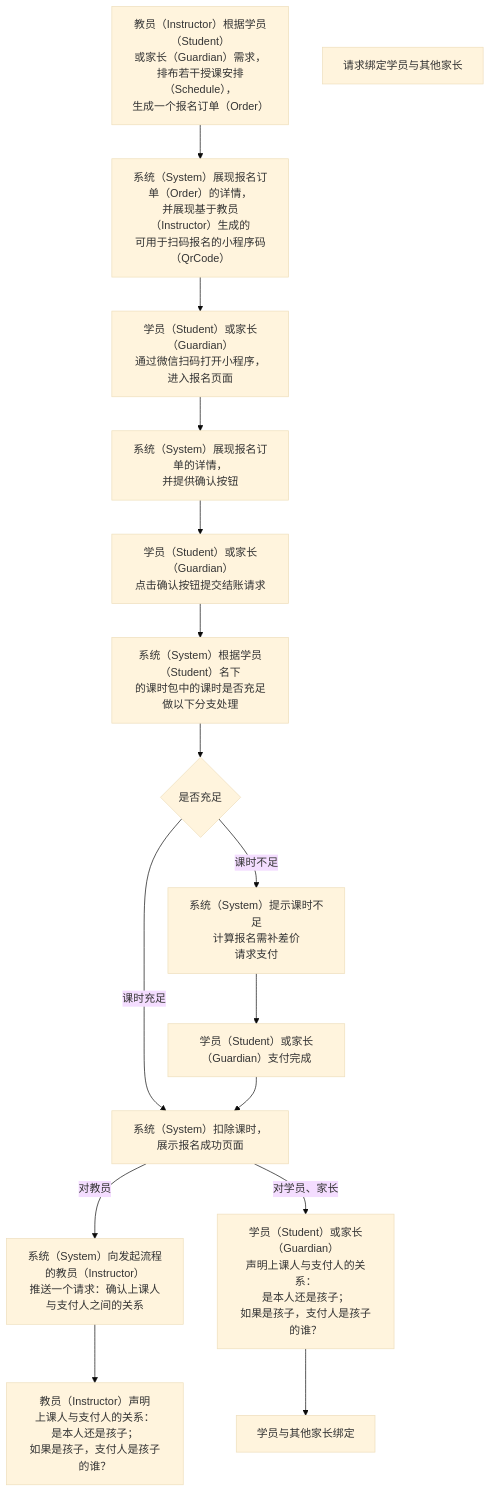
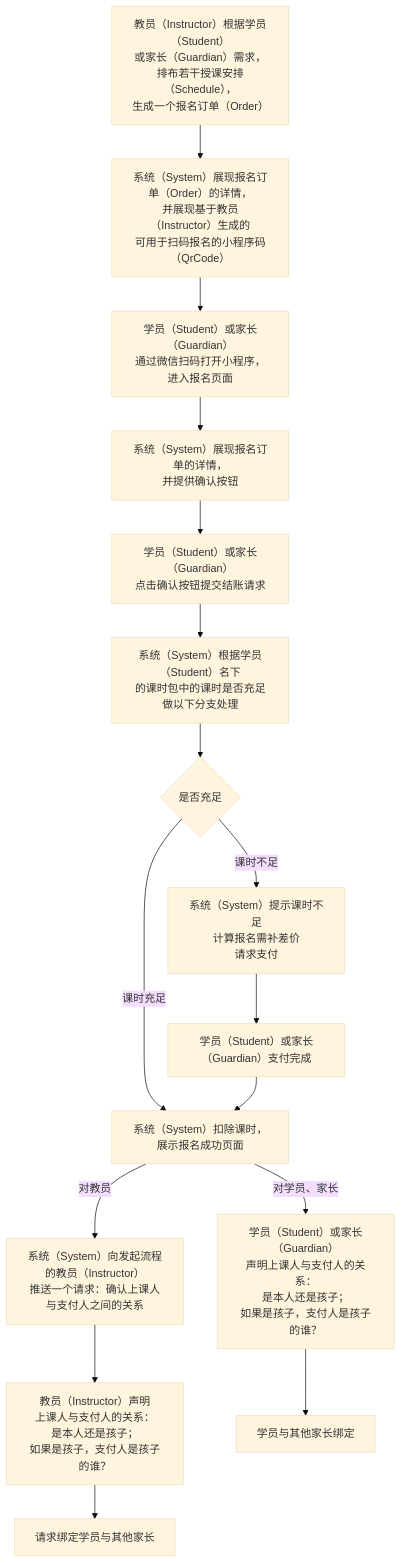
One commit to world-wide-web/sign changed the diagram in 用例/报名.md. Above: the diagram before and after it, drawn with Mermaid (base theme). The commit also changed other lines of this file, not shown here.

````diff
--- a/用例/报名.md
+++ b/用例/报名.md
@@ -8,48 +8,49 @@
 ```mermaid
 graph TD
 
 生成报名订单-->生成报名码
 生成报名码-->扫码报名
 扫码报名-->展现报名订单
 展现报名订单-->确认并提交结账请求
 确认并提交结账请求-->检查课时数量
 检查课时数量-->判断课时数量
 判断课时数量--课时充足-->扣课并提示报名成功
 判断课时数量--课时不足-->请求支付
 请求支付-->支付完成
 支付完成-->扣课并提示报名成功
 扣课并提示报名成功--对教员-->请求身份声明
 扣课并提示报名成功--"对学员、家长"-->支付人身份声明
 请求身份声明-->教员代理身份声明
+教员代理身份声明-->请求绑定学员与其他家长
 支付人身份声明-->学员与其他家长绑定
 
 生成报名订单["<center>教员（Instructor）根据学员（Student）<br>或家长（Guardian）需求，<br>排布若干授课安排（Schedule），<br>生成一个报名订单（Order）</center>"]
 
 生成报名码["<center>系统（System）展现报名订单（Order）的详情，<br>并展现基于教员（Instructor）生成的<br>可用于扫码报名的小程序码（QrCode）</center>"]
 
 扫码报名["<center>学员（Student）或家长（Guardian）<br>通过微信扫码打开小程序，进入报名页面</center>"]
 
 展现报名订单["<center>系统（System）展现报名订单的详情，<br>并提供确认按钮</center>"]
 
 确认并提交结账请求["<center>学员（Student）或家长（Guardian）<br>点击确认按钮提交结账请求</center>"]
 
 检查课时数量["<center>系统（System）根据学员（Student）名下<br>的课时包中的课时是否充足做以下分支处理</center>"]
 
 判断课时数量{"<center>是否充足</center>"}
 
 请求支付["<center>系统（System）提示课时不足<br>计算报名需补差价<br>请求支付</center>"]
 
 支付完成["<center>学员（Student）或家长（Guardian）支付完成</center>"]
 
 扣课并提示报名成功["<center>系统（System）扣除课时，展示报名成功页面</center>"]
 
 请求身份声明["<center>系统（System）向发起流程的教员（Instructor）<br>推送一个请求：确认上课人与支付人之间的关系</center>"]
 
 支付人身份声明["<center>学员（Student）或家长（Guardian）<br>声明上课人与支付人的关系：<br>是本人还是孩子；<br>如果是孩子，支付人是孩子的谁？</center>"]
 
 教员代理身份声明["<center>教员（Instructor）声明<br>上课人与支付人的关系：<br>是本人还是孩子；<br>如果是孩子，支付人是孩子的谁？</center>"]
 
 请求绑定学员与其他家长
 
 学员与其他家长绑定
 ```
````
